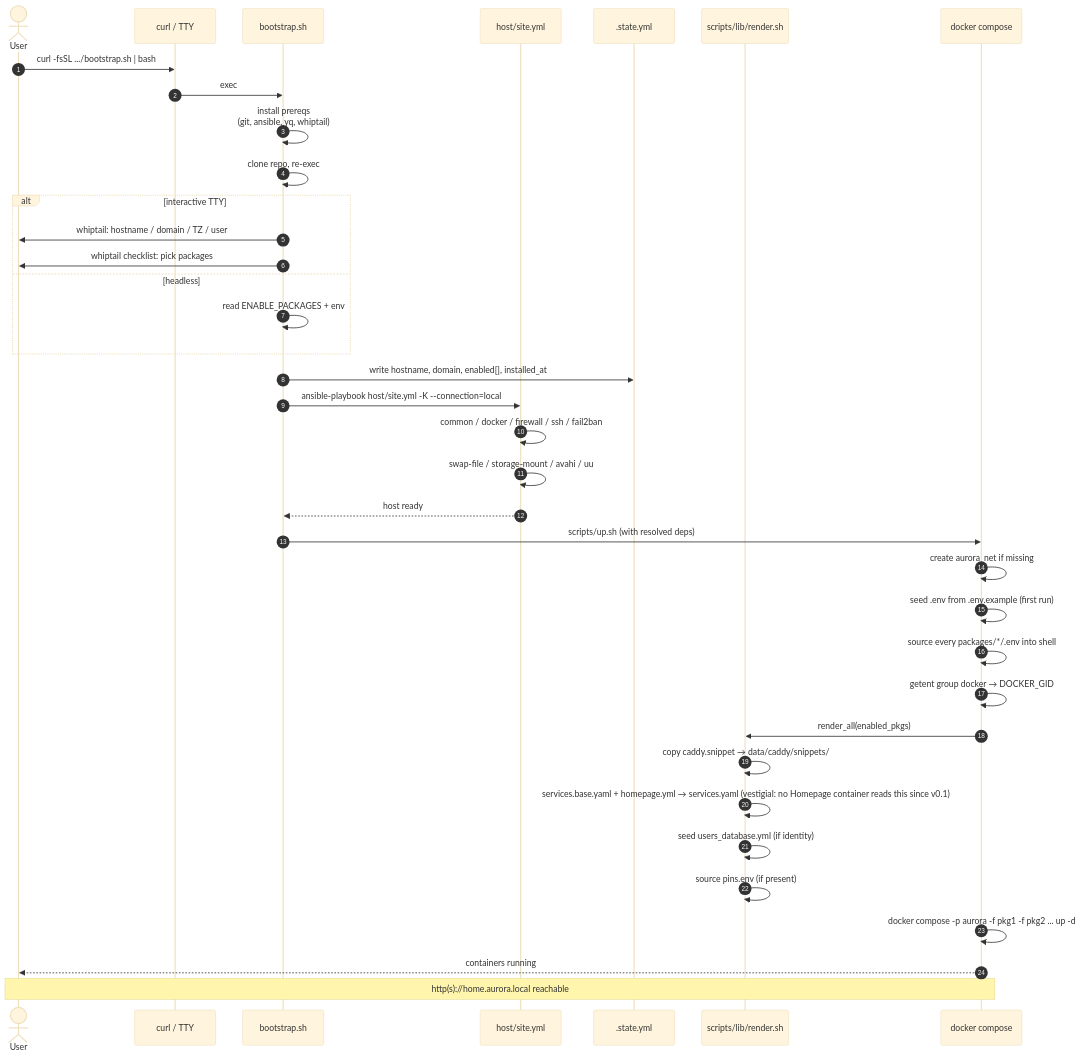
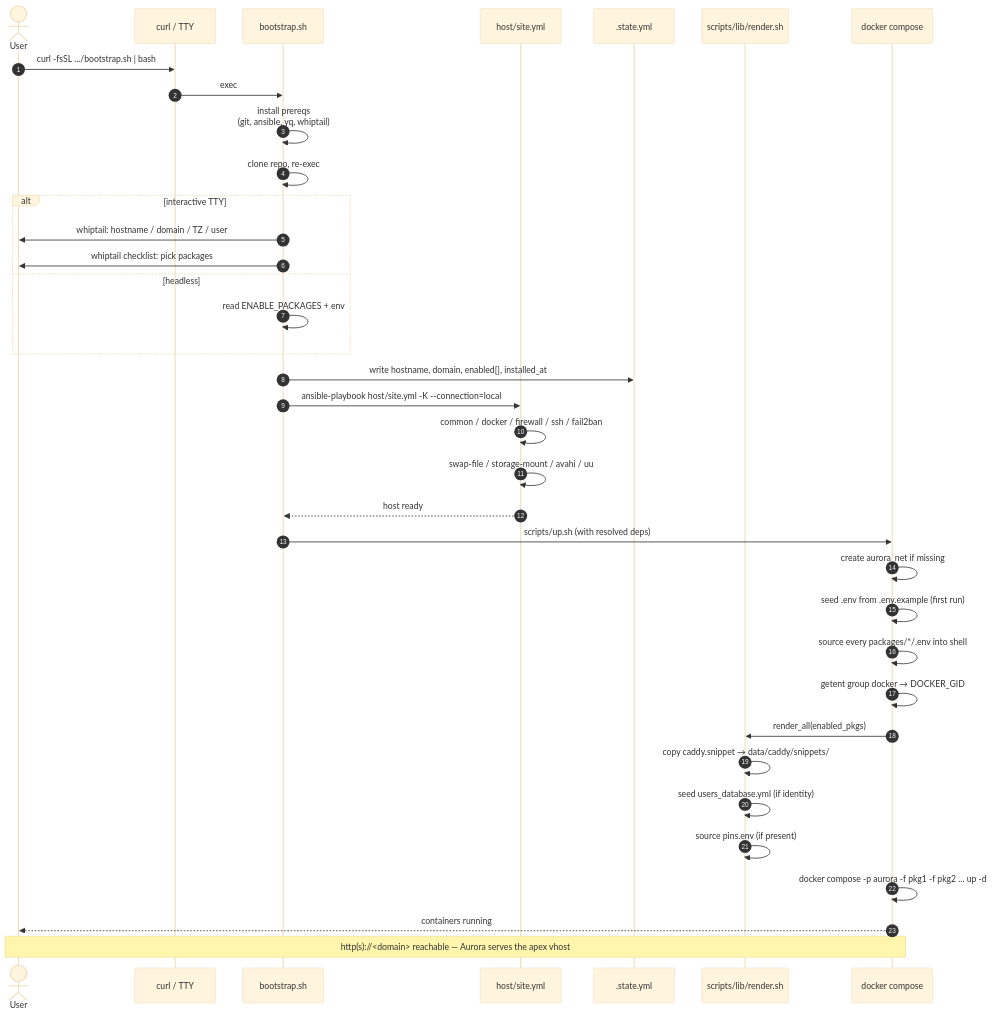
One commit to tomaytotomato/aurora.local changed the second of 4 diagrams in docs/ARCHITECTURE.md. Above: the diagram before and after it, drawn with Mermaid (base theme). The commit also changed other lines of this file and 1 other file, not shown here.

First line of the commit message:
docs: add the control-plane diagram, and fix a Homepage leftover

````diff
--- a/docs/ARCHITECTURE.md
+++ b/docs/ARCHITECTURE.md
@@ -145,45 +147,44 @@
 ```mermaid
 sequenceDiagram
     autonumber
     actor User
     participant Curl as curl / TTY
     participant BS as bootstrap.sh
     participant Ansible as host/site.yml
     participant State as .state.yml
     participant Render as scripts/lib/render.sh
     participant Compose as docker compose
 
     User->>Curl: curl -fsSL .../bootstrap.sh | bash
     Curl->>BS: exec
     BS->>BS: install prereqs<br/>(git, ansible, yq, whiptail)
     BS->>BS: clone repo, re-exec
 
     alt interactive TTY
         BS->>User: whiptail: hostname / domain / TZ / user
         BS->>User: whiptail checklist: pick packages
     else headless
         BS->>BS: read ENABLE_PACKAGES + env
     end
 
     BS->>State: write hostname, domain, enabled[], installed_at
 
     BS->>Ansible: ansible-playbook host/site.yml -K --connection=local
     Ansible->>Ansible: common / docker / firewall / ssh / fail2ban
     Ansible->>Ansible: swap-file / storage-mount / avahi / uu
     Ansible-->>BS: host ready
 
     BS->>Compose: scripts/up.sh (with resolved deps)
     Compose->>Compose: create aurora_net if missing
     Compose->>Compose: seed .env from .env.example (first run)
     Compose->>Compose: source every packages/*/.env into shell
     Compose->>Compose: getent group docker → DOCKER_GID
     Compose->>Render: render_all(enabled_pkgs)
     Render->>Render: copy caddy.snippet → data/caddy/snippets/
-    Render->>Render: services.base.yaml + homepage.yml → services.yaml (vestigial: no Homepage container reads this since v0.1)
     Render->>Render: seed users_database.yml (if identity)
     Render->>Render: source pins.env (if present)
     Compose->>Compose: docker compose -p aurora -f pkg1 -f pkg2 ... up -d
 
     Compose-->>User: containers running
-    Note over User,Compose: http(s)://home.aurora.local reachable
+    Note over User,Compose: http(s)://<domain> reachable — Aurora serves the apex vhost
 ```
````
